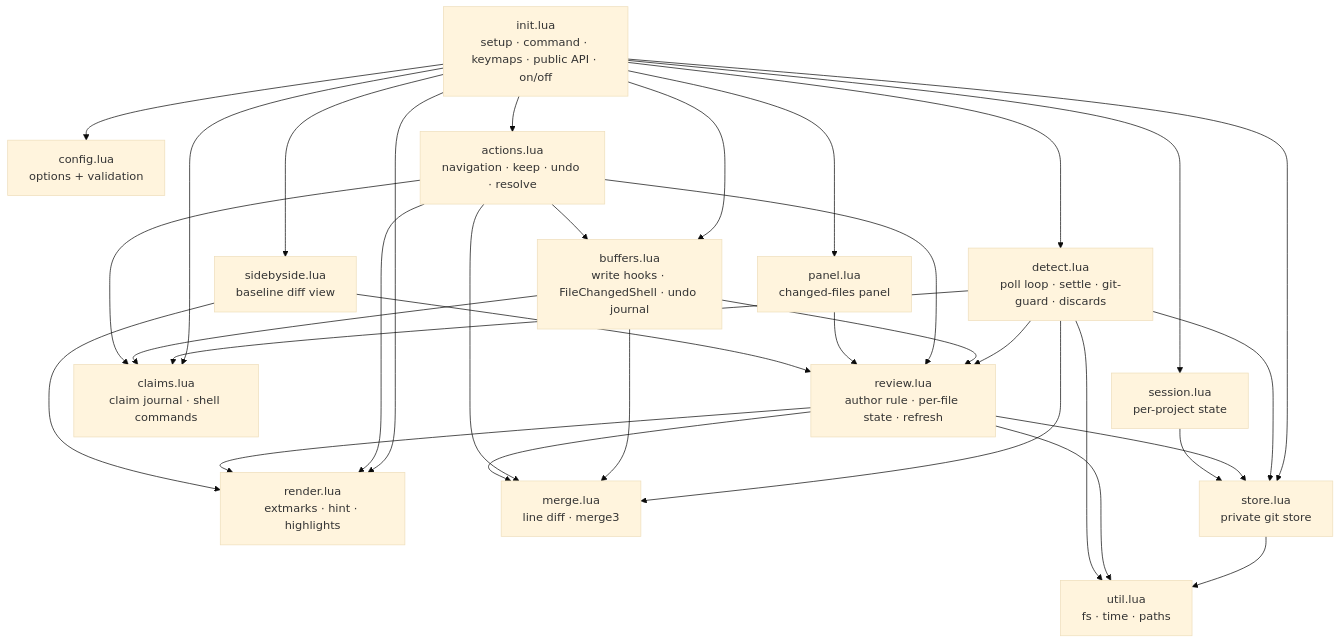
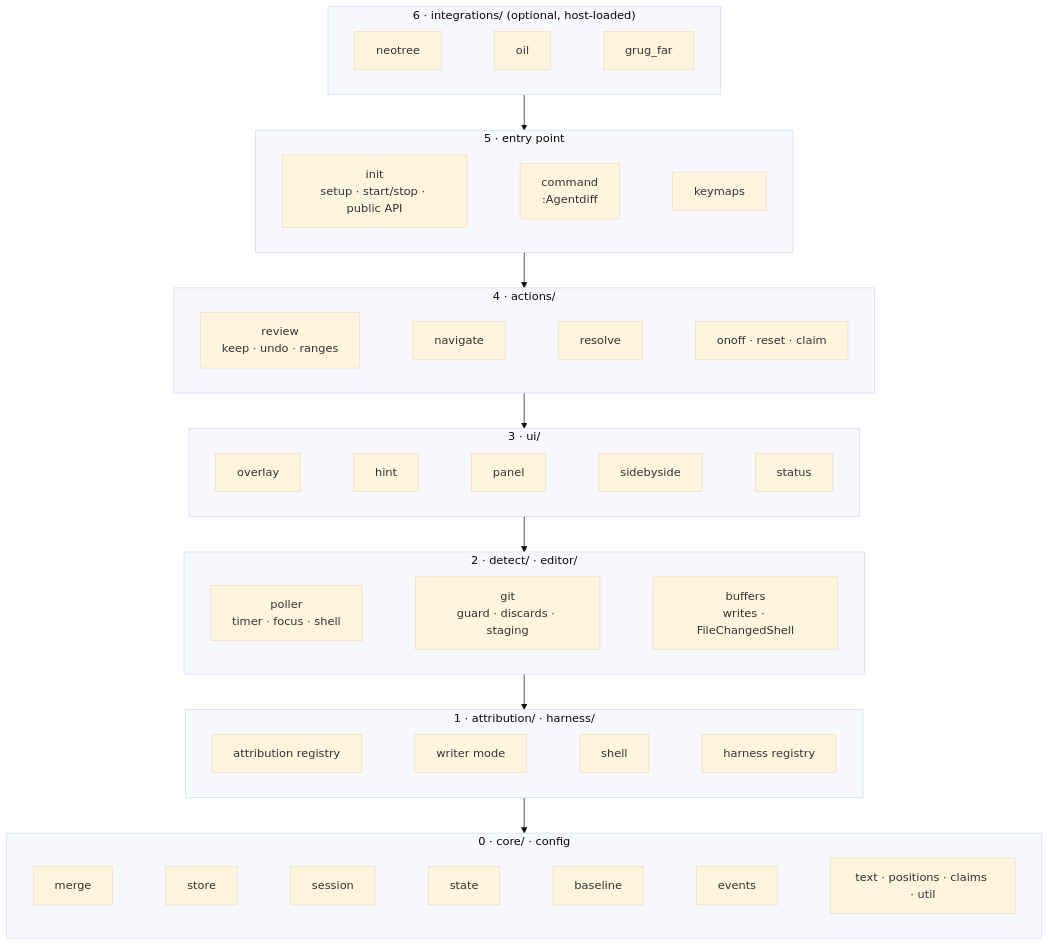
One commit to RayIci/agentdiff.nvim changed the second of 6 diagrams in docs/architecture.md. Above: the diagram before and after it, drawn with Mermaid (base theme). The commit also changed other lines of this file and 8 other files, not shown here.

````diff
--- a/docs/architecture.md
+++ b/docs/architecture.md
@@ -48,29 +52,25 @@
 ```mermaid
 flowchart TB
-    init["init.lua<br/>setup · command · keymaps · public API · on/off"]
-    config["config.lua<br/>options + validation"]
-    session["session.lua<br/>per-project state"]
-    detect["detect.lua<br/>poll loop · settle · git-guard · discards"]
-    buffers["buffers.lua<br/>write hooks · FileChangedShell · undo journal"]
-    claims["claims.lua<br/>claim journal · shell commands"]
-    review["review.lua<br/>author rule · per-file state · refresh"]
-    actions["actions.lua<br/>navigation · keep · undo · resolve"]
-    render["render.lua<br/>extmarks · hint · highlights"]
-    panel["panel.lua<br/>changed-files panel"]
-    sbs["sidebyside.lua<br/>baseline diff view"]
-    merge["merge.lua<br/>line diff · merge3"]
-    store["store.lua<br/>private git store"]
-    util["util.lua<br/>fs · time · paths"]
-
-    init --> config & session & detect & buffers & actions & render & panel & sbs & claims & store
-    detect --> review & claims & store & merge
-    buffers --> review & merge & claims
-    actions --> review & buffers & render & merge & claims
-    review --> store & merge & render
-    panel --> review
-    sbs --> review & render
-    session --> store
-    store --> util
-    review --> util
-    detect --> util
+    subgraph L6["6 · integrations/ (optional, host-loaded)"]
+        nt["neotree"] ~~~ oil["oil"] ~~~ gf["grug_far"]
+    end
+    subgraph L5["5 · entry point"]
+        init["init<br/>setup · start/stop · public API"] ~~~ cmd["command<br/>:Agentdiff"] ~~~ km["keymaps"]
+    end
+    subgraph L4["4 · actions/"]
+        rev["review<br/>keep · undo · ranges"] ~~~ nav["navigate"] ~~~ res["resolve"] ~~~ oo["onoff · reset · claim"]
+    end
+    subgraph L3["3 · ui/"]
+        ov["overlay"] ~~~ hint["hint"] ~~~ panel["panel"] ~~~ sbs["sidebyside"] ~~~ st["status"]
+    end
+    subgraph L2["2 · detect/ · editor/"]
+        poll["poller<br/>timer · focus · shell"] ~~~ git["git<br/>guard · discards · staging"] ~~~ buf["buffers<br/>writes · FileChangedShell"]
+    end
+    subgraph L1["1 · attribution/ · harness/"]
+        reg["attribution registry"] ~~~ wr["writer mode"] ~~~ sh["shell"] ~~~ hr["harness registry"]
+    end
+    subgraph L0["0 · core/ · config"]
+        mg["merge"] ~~~ sto["store"] ~~~ ses["session"] ~~~ stt["state"] ~~~ bl["baseline"] ~~~ ev["events"] ~~~ more["text · positions · claims · util"]
+    end
+    L6 --> L5 --> L4 --> L3 --> L2 --> L1 --> L0
 ```
````
